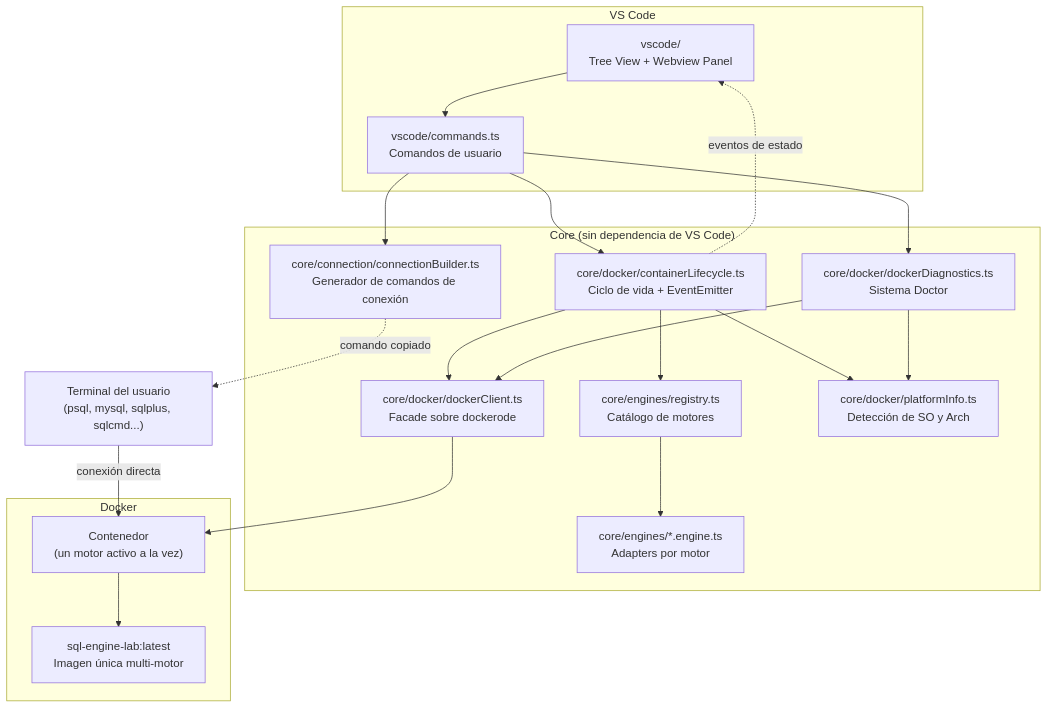
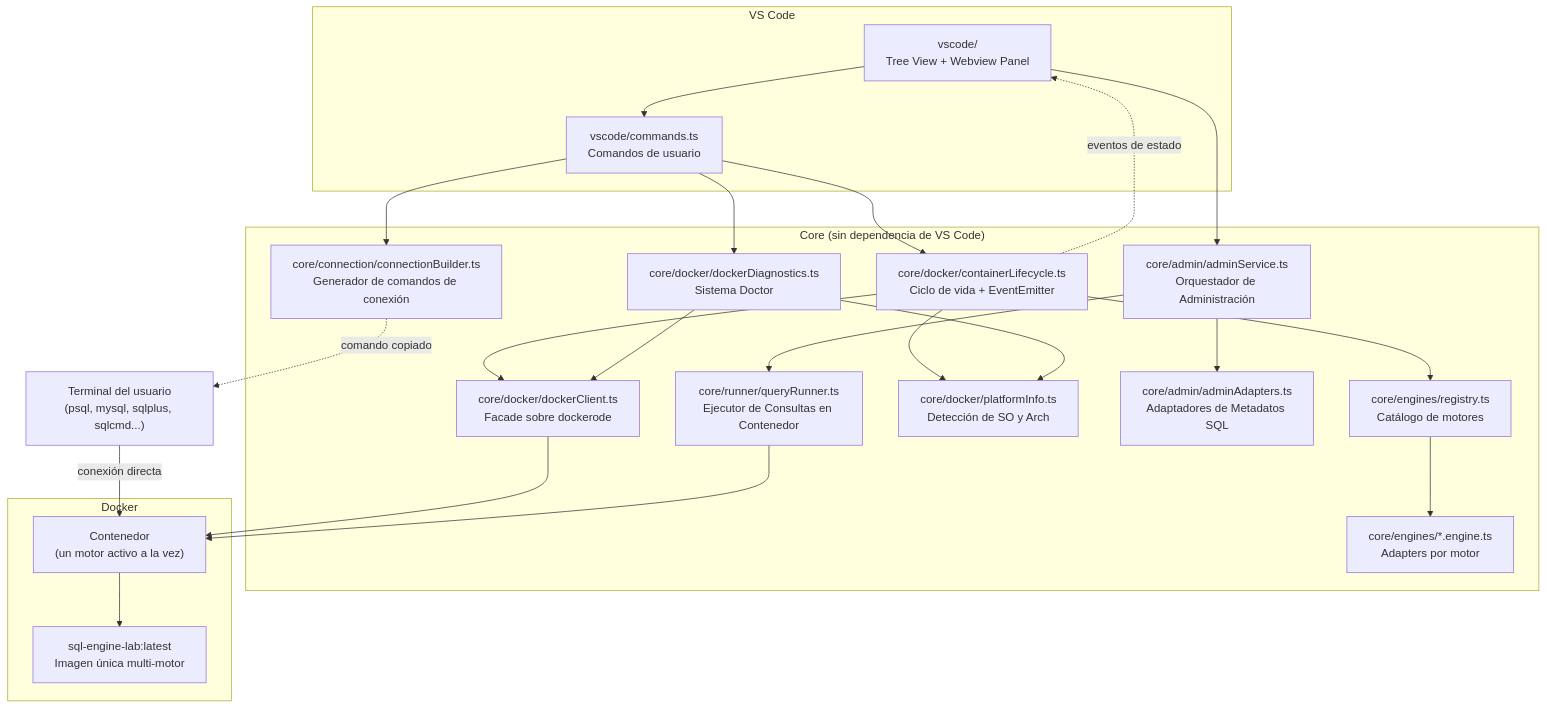
Before and after one commit to hachimaki-dev/ElCrackDeLasBD: the first of 2 diagrams in ARCHITECTURE.md, drawn with Mermaid. The commit also changed other lines of this file and 53 other files, not shown here.

````diff
--- a/ARCHITECTURE.md
+++ b/ARCHITECTURE.md
@@ -7,40 +7,48 @@
 ```mermaid
 graph TB
     subgraph "VS Code"
         UI["vscode/<br/>Tree View + Webview Panel"]
         CMD["vscode/commands.ts<br/>Comandos de usuario"]
     end
 
     subgraph "Core (sin dependencia de VS Code)"
         REG["core/engines/registry.ts<br/>Catálogo de motores"]
         ENG["core/engines/*.engine.ts<br/>Adapters por motor"]
         DCK["core/docker/dockerClient.ts<br/>Facade sobre dockerode"]
         LCY["core/docker/containerLifecycle.ts<br/>Ciclo de vida + EventEmitter"]
         CON["core/connection/connectionBuilder.ts<br/>Generador de comandos de conexión"]
         PLT["core/docker/platformInfo.ts<br/>Detección de SO y Arch"]
         DIA["core/docker/dockerDiagnostics.ts<br/>Sistema Doctor"]
+        ADM["core/admin/adminService.ts<br/>Orquestador de Administración"]
+        ADA["core/admin/adminAdapters.ts<br/>Adaptadores de Metadatos SQL"]
+        RUN["core/runner/queryRunner.ts<br/>Ejecutor de Consultas en Contenedor"]
     end
 
     subgraph "Docker"
         IMG["sql-engine-lab:latest<br/>Imagen única multi-motor"]
         CTR["Contenedor<br/>(un motor activo a la vez)"]
     end
 
     USR["Terminal del usuario<br/>(psql, mysql, sqlplus, sqlcmd...)"]
 
     UI --> CMD
     CMD --> LCY
     CMD --> CON
     CMD --> DIA
     LCY --> DCK
     LCY --> REG
     LCY --> PLT
     DIA --> DCK
     DIA --> PLT
     REG --> ENG
     DCK --> CTR
     CTR --> IMG
     LCY -.->|eventos de estado| UI
     CON -.->|comando copiado| USR
     USR -->|conexión directa| CTR
+    
+    UI --> ADM
+    ADM --> RUN
+    ADM --> ADA
+    RUN --> CTR
 ```
````
